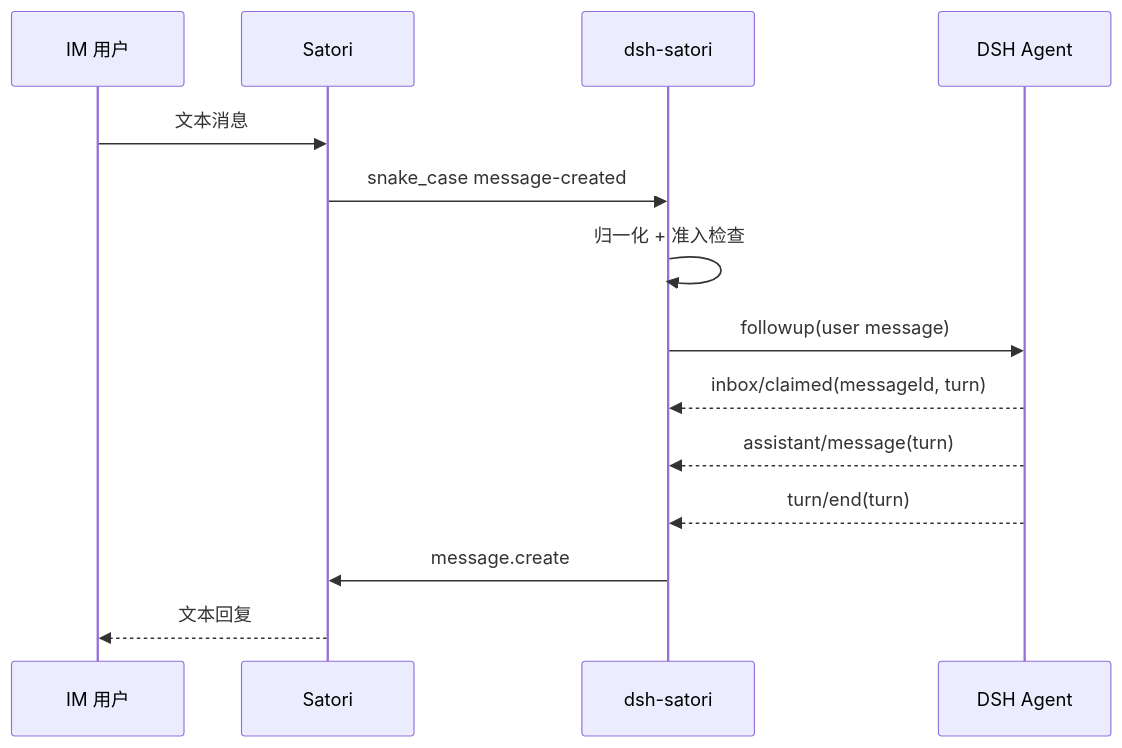
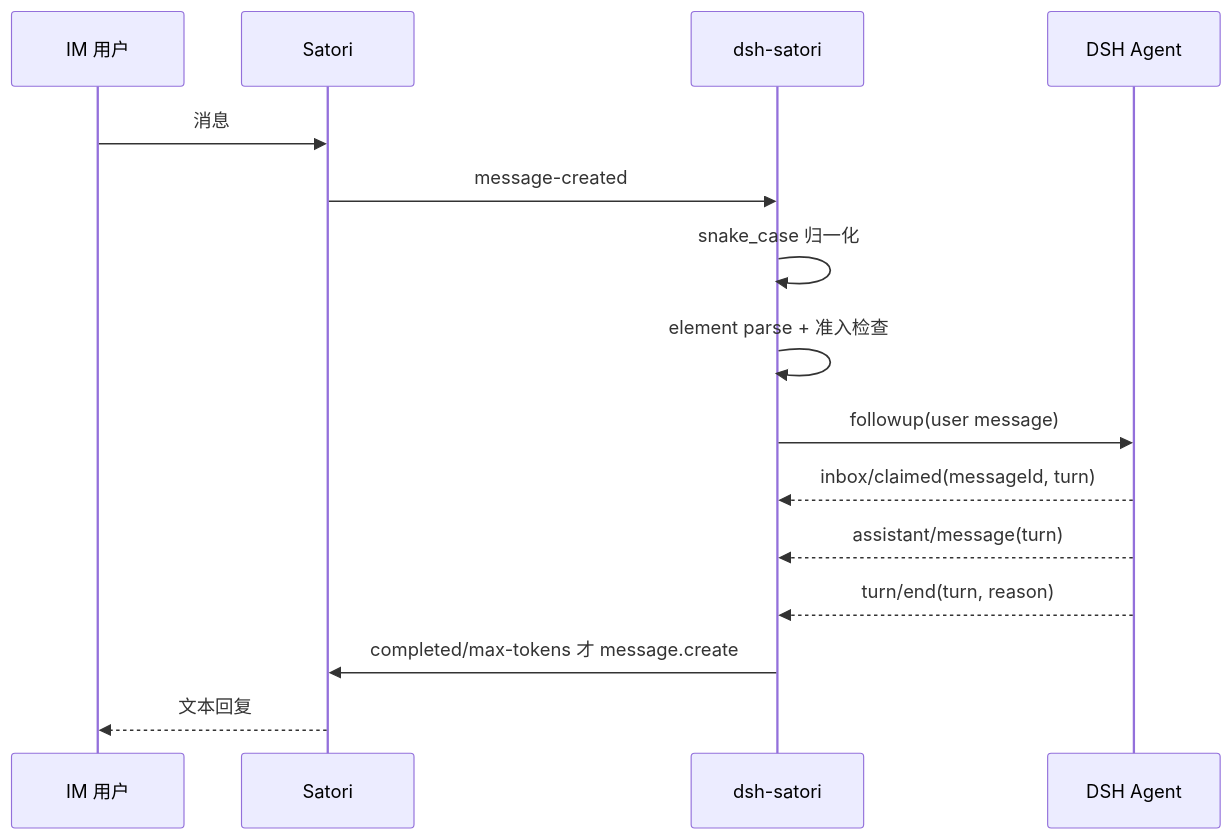
The second of 2 diagrams in README-zh.md (Ri0n72Y/dsh-satori), drawn with Mermaid before and after one commit. The commit also changed other lines of this file and 20 other files, not shown here.

````diff
--- a/README-zh.md
+++ b/README-zh.md
@@ -158,17 +124,18 @@
 ```mermaid
 sequenceDiagram
     participant IM as IM 用户
     participant S as Satori
     participant P as dsh-satori
     participant D as DSH Agent
 
-    IM->>S: 文本消息
-    S->>P: snake_case message-created
-    P->>P: 归一化 + 准入检查
+    IM->>S: 消息
+    S->>P: message-created
+    P->>P: snake_case 归一化
+    P->>P: element parse + 准入检查
     P->>D: followup(user message)
     D-->>P: inbox/claimed(messageId, turn)
     D-->>P: assistant/message(turn)
-    D-->>P: turn/end(turn)
-    P->>S: message.create
+    D-->>P: turn/end(turn, reason)
+    P->>S: completed/max-tokens 才 message.create
     S-->>IM: 文本回复
 ```
````
